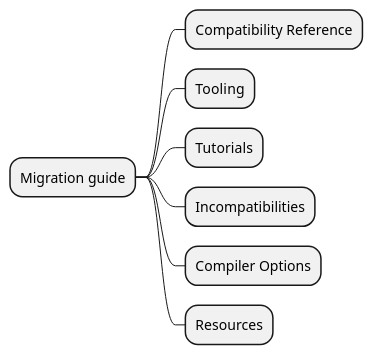
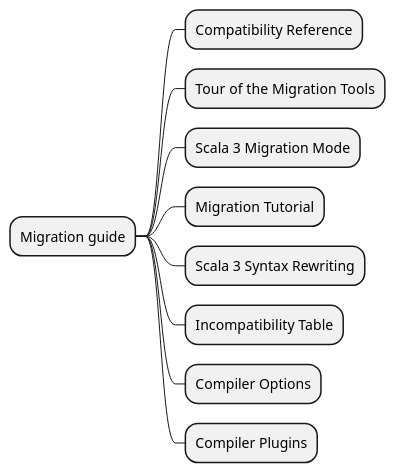
The first of 10 diagrams in docs/step01/04_Migration_guideを俯瞰してみる.md (shinharad/getting-started-with-scala3), drawn with PlantUML before and after one commit. The commit also changed other lines of this file and 3 other files, not shown here.

````diff
--- a/docs/step01/04_Migration_guideを俯瞰してみる.md
+++ b/docs/step01/04_Migration_guideを俯瞰してみる.md
@@ -25,11 +26,13 @@
 ```plantuml
 @startmindmap
 * Migration guide
 ** Compatibility Reference
-** Tooling
-** Tutorials
-** Incompatibilities
+** Tour of the Migration Tools
+** Scala 3 Migration Mode
+** Migration Tutorial
+** Scala 3 Syntax Rewriting
+** Incompatibility Table
 ** Compiler Options
-** Resources
+** Compiler Plugins
 @endmindmap
 ```
````
